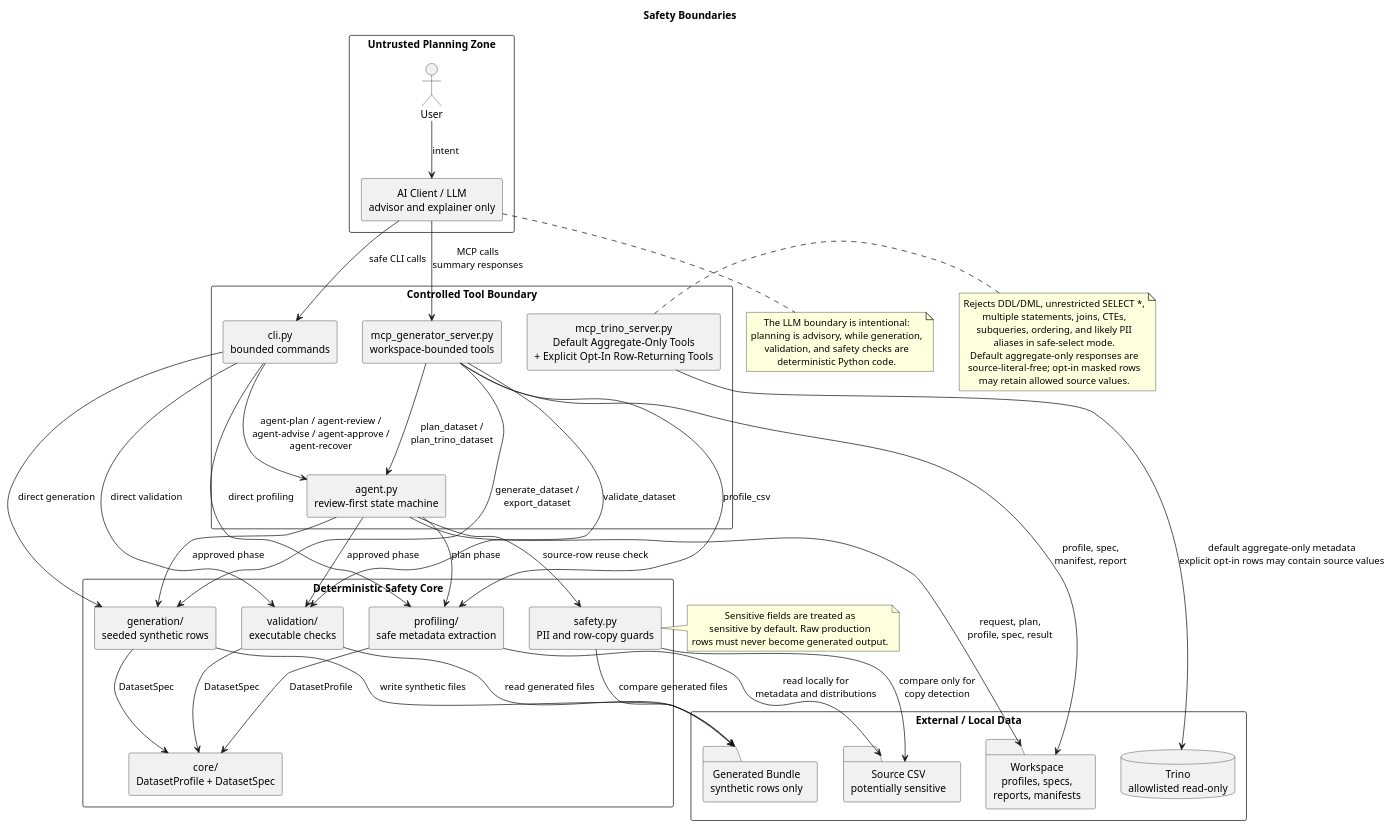
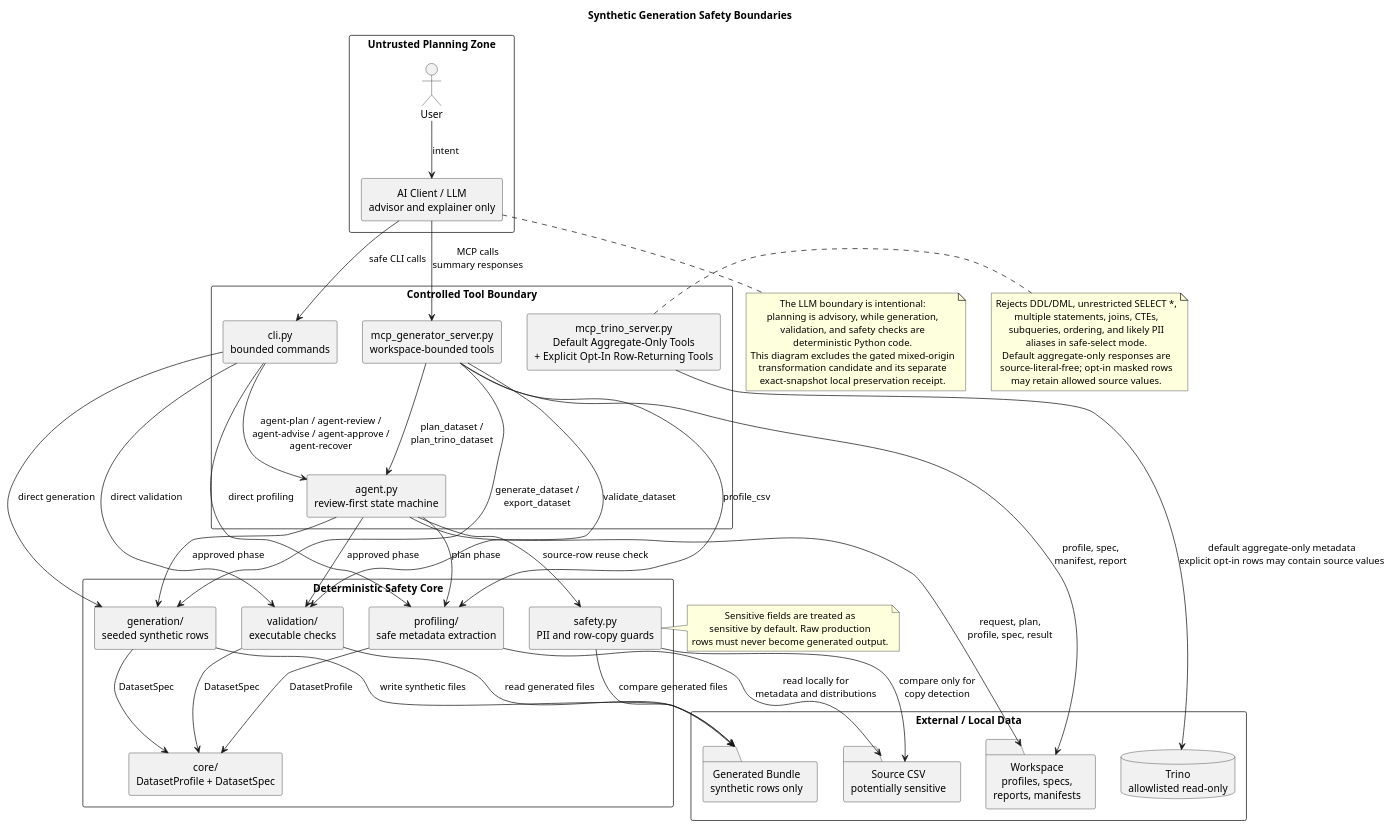
The diagram in docs/architecture_safety_boundaries.puml (wa-pis/agent-paranoid-android), drawn with PlantUML before and after one commit. The commit also changed 6 other files, not shown here.

Commit message:
docs: reconcile architecture and candidate status

```diff
--- a/docs/architecture_safety_boundaries.puml
+++ b/docs/architecture_safety_boundaries.puml
@@ -1,86 +1,89 @@
 @startuml
-title Safety Boundaries
+title Synthetic Generation Safety Boundaries
 
 skinparam shadowing false
 skinparam componentStyle rectangle
 skinparam packageStyle rectangle
 skinparam defaultTextAlignment center
 
 package "Untrusted Planning Zone" {
   actor "User" as User
   component "AI Client / LLM\nadvisor and explainer only" as Llm
 }
 
 package "Controlled Tool Boundary" {
   component "cli.py\nbounded commands" as Cli
   component "agent.py\nreview-first state machine" as Agent
   component "mcp_generator_server.py\nworkspace-bounded tools" as GeneratorMcp
   component "mcp_trino_server.py\nDefault Aggregate-Only Tools\n+ Explicit Opt-In Row-Returning Tools" as TrinoMcp
 }
 
 package "Deterministic Safety Core" {
   component "profiling/\nsafe metadata extraction" as Profiling
   component "generation/\nseeded synthetic rows" as Generation
   component "validation/\nexecutable checks" as Validation
   component "safety.py\nPII and row-copy guards" as Safety
   component "core/\nDatasetProfile + DatasetSpec" as CoreModels
 }
 
 package "External / Local Data" {
   database "Trino\nallowlisted read-only" as Trino
   folder "Source CSV\npotentially sensitive" as SourceCsv
   folder "Workspace\nprofiles, specs,\nreports, manifests" as Workspace
   folder "Generated Bundle\nsynthetic rows only" as Output
 }
 
 User --> Llm : intent
 Llm --> Cli : safe CLI calls
 Llm --> GeneratorMcp : MCP calls\nsummary responses
 Cli --> Agent : agent-plan / agent-review /\nagent-advise / agent-approve /\nagent-recover
 Cli --> Profiling : direct profiling
 Cli --> Generation : direct generation
 Cli --> Validation : direct validation
 Agent --> Profiling : plan phase
 Agent --> Generation : approved phase
 Agent --> Validation : approved phase
 Agent --> Safety : source-row reuse check
 GeneratorMcp --> Profiling : profile_csv
 GeneratorMcp --> Agent : plan_dataset /\nplan_trino_dataset
 GeneratorMcp --> Generation : generate_dataset /\nexport_dataset
 GeneratorMcp --> Validation : validate_dataset
 TrinoMcp --> Trino : default aggregate-only metadata\nexplicit opt-in rows may contain source values
 Profiling --> SourceCsv : read locally for\nmetadata and distributions
 Profiling --> CoreModels : DatasetProfile
 Generation --> CoreModels : DatasetSpec
 Validation --> CoreModels : DatasetSpec
 Safety --> SourceCsv : compare only for\ncopy detection
 Agent --> Workspace : request, plan,\nprofile, spec, result
 GeneratorMcp --> Workspace : profile, spec,\nmanifest, report
 Generation --> Output : write synthetic files
 Validation --> Output : read generated files
 Safety --> Output : compare generated files
 
 note right of TrinoMcp
 Rejects DDL/DML, unrestricted SELECT *,
 multiple statements, joins, CTEs,
 subqueries, ordering, and likely PII
 aliases in safe-select mode.
 Default aggregate-only responses are
 source-literal-free; opt-in masked rows
 may retain allowed source values.
 end note
 
 note right of Safety
 Sensitive fields are treated as
 sensitive by default. Raw production
 rows must never become generated output.
 end note
 
 note bottom of Llm
 The LLM boundary is intentional:
 planning is advisory, while generation,
 validation, and safety checks are
 deterministic Python code.
+This diagram excludes the gated mixed-origin
+transformation candidate and its separate
+exact-snapshot local preservation receipt.
 end note
 
 @enduml
```
